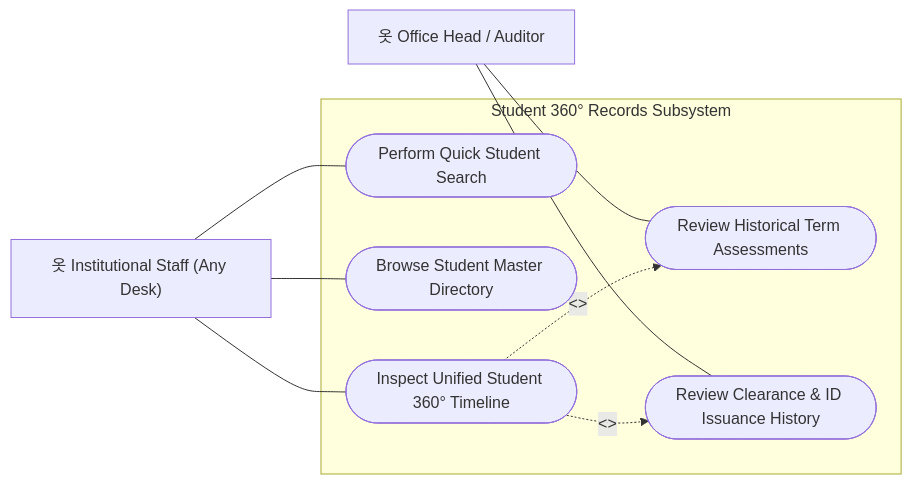
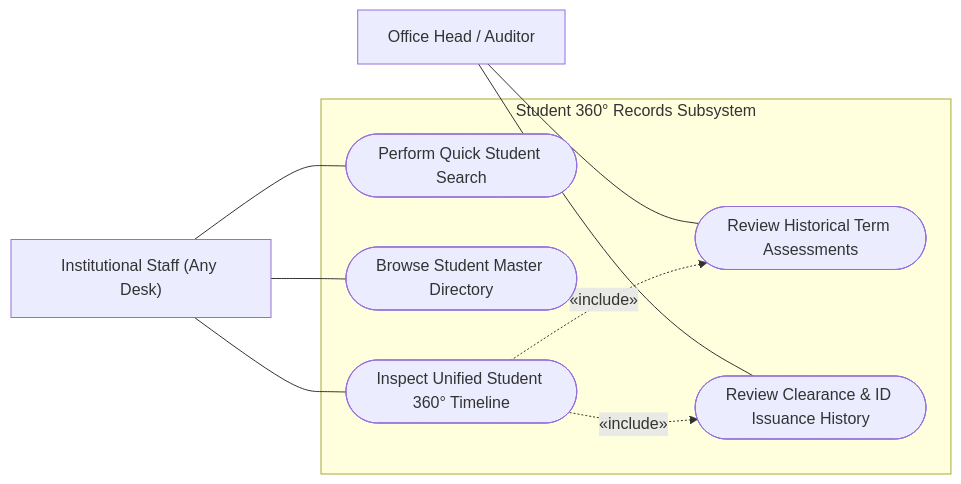
Before and after one commit to kirbygeagonia-create/EnrollmentManagementSystem: diagram 16 of 17 in Documentation/Use-Case-Diagram-Guide.md, drawn with Mermaid. The commit also changed other lines of this file and 51 other files, not shown here.

````diff
--- a/Documentation/Use-Case-Diagram-Guide.md
+++ b/Documentation/Use-Case-Diagram-Guide.md
@@ -742,23 +744,23 @@
 ```mermaid
 flowchart LR
-    A_Staff["옷 Institutional Staff (Any Desk)"]
-    A_Head["옷 Office Head / Auditor"]
+    A_Staff["Institutional Staff (Any Desk)"]
+    A_Head["Office Head / Auditor"]
 
     subgraph SYSTEM ["Student 360° Records Subsystem"]
         UC_S360_01(["Perform Quick Student Search"])
         UC_S360_02(["Browse Student Master Directory"])
         UC_S360_03(["Inspect Unified Student 360° Timeline"])
         UC_S360_04(["Review Historical Term Assessments"])
         UC_S360_05(["Review Clearance & ID Issuance History"])
     end
 
     A_Staff --- UC_S360_01
     A_Staff --- UC_S360_02
     A_Staff --- UC_S360_03
 
     A_Head --- UC_S360_04
     A_Head --- UC_S360_05
 
-    UC_S360_03 -.->|"<<include>>"| UC_S360_04
-    UC_S360_03 -.->|"<<include>>"| UC_S360_05
+    UC_S360_03 -.->|"«include»"| UC_S360_04
+    UC_S360_03 -.->|"«include»"| UC_S360_05
 ```
````
